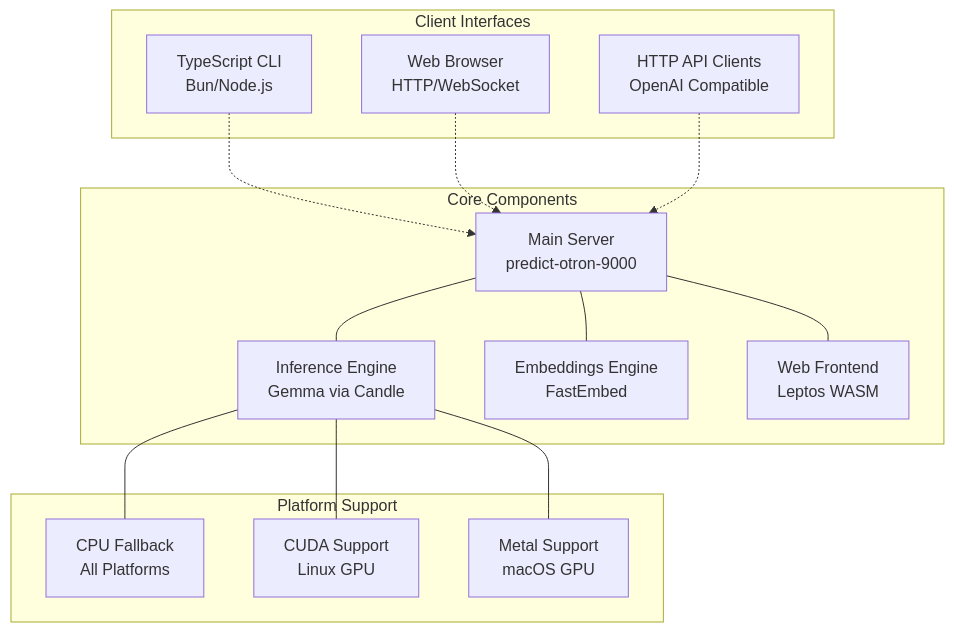
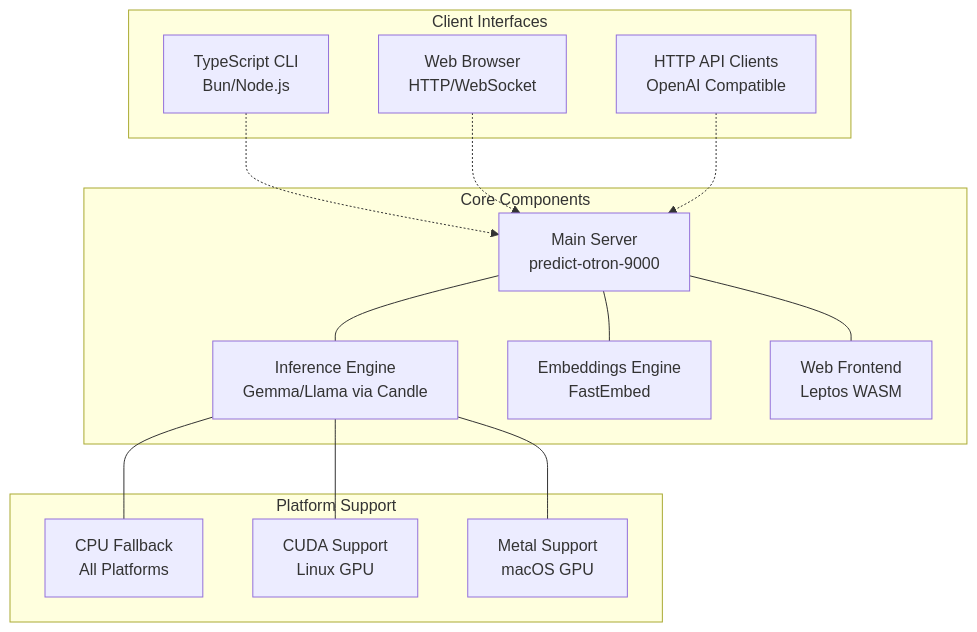
One commit to geoffsee/predict-otron-9001 changed the first of 11 diagrams in docs/ARCHITECTURE.md. Above: the diagram before and after it, drawn with Mermaid. The commit also changed other lines of this file and 25 other files, not shown here.

First line of the commit message:
supports small llama and gemma models

````diff
--- a/docs/ARCHITECTURE.md
+++ b/docs/ARCHITECTURE.md
@@ -21,31 +21,31 @@
 ```mermaid
 graph TB
     subgraph "Core Components"
         A[Main Server<br/>predict-otron-9000]
-        B[Inference Engine<br/>Gemma via Candle]
+        B[Inference Engine<br/>Gemma/Llama via Candle]
         C[Embeddings Engine<br/>FastEmbed]
         D[Web Frontend<br/>Leptos WASM]
     end
     
     subgraph "Client Interfaces"
         E[TypeScript CLI<br/>Bun/Node.js]
         F[Web Browser<br/>HTTP/WebSocket]
         G[HTTP API Clients<br/>OpenAI Compatible]
     end
     
     subgraph "Platform Support"
         H[CPU Fallback<br/>All Platforms]
         I[CUDA Support<br/>Linux GPU]
         J[Metal Support<br/>macOS GPU]
     end
     
     A --- B
     A --- C
     A --- D
     E -.-> A
     F -.-> A
     G -.-> A
     B --- H
     B --- I
     B --- J
 ```
````
